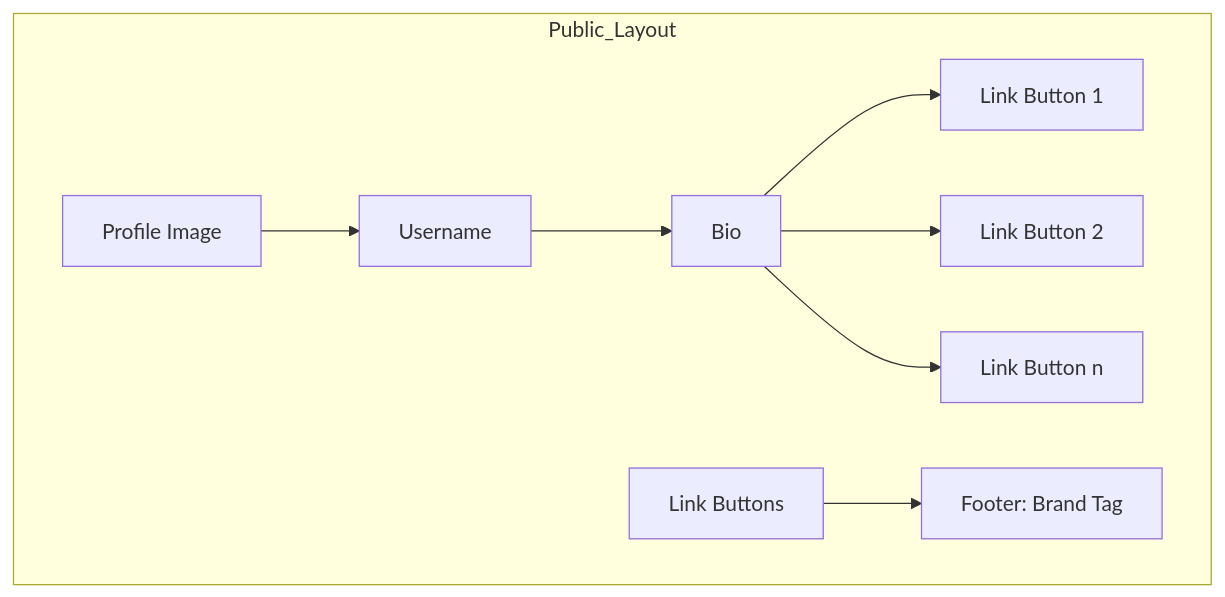
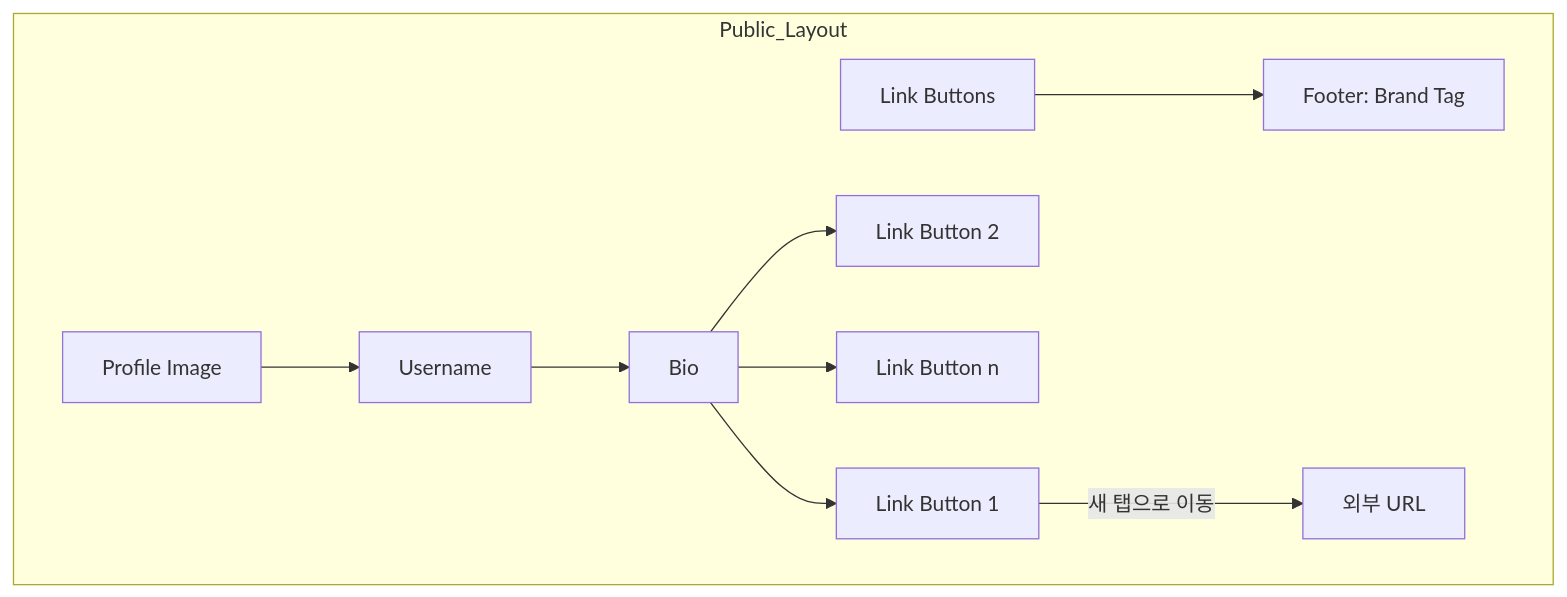
One commit to kdd0419/mylink changed the fourth of 4 diagrams in docs/WIREFRAMES.md. Above: the diagram before and after it, drawn with Mermaid. The commit also changed other lines of this file, not shown here.

````diff
--- a/docs/WIREFRAMES.md
+++ b/docs/WIREFRAMES.md
@@ -144,11 +178,12 @@
 ```mermaid
 graph TD
     subgraph Public_Layout
         P1[Profile Image] --> P2[Username]
         P2 --> P3[Bio]
         P3 --> L1[Link Button 1]
         P3 --> L2[Link Button 2]
         P3 --> L3[Link Button n]
         Ln[Link Buttons] --> F[Footer: Brand Tag]
+        L1 -- "새 탭으로 이동" --> Ext[외부 URL]
     end
 ```
````
